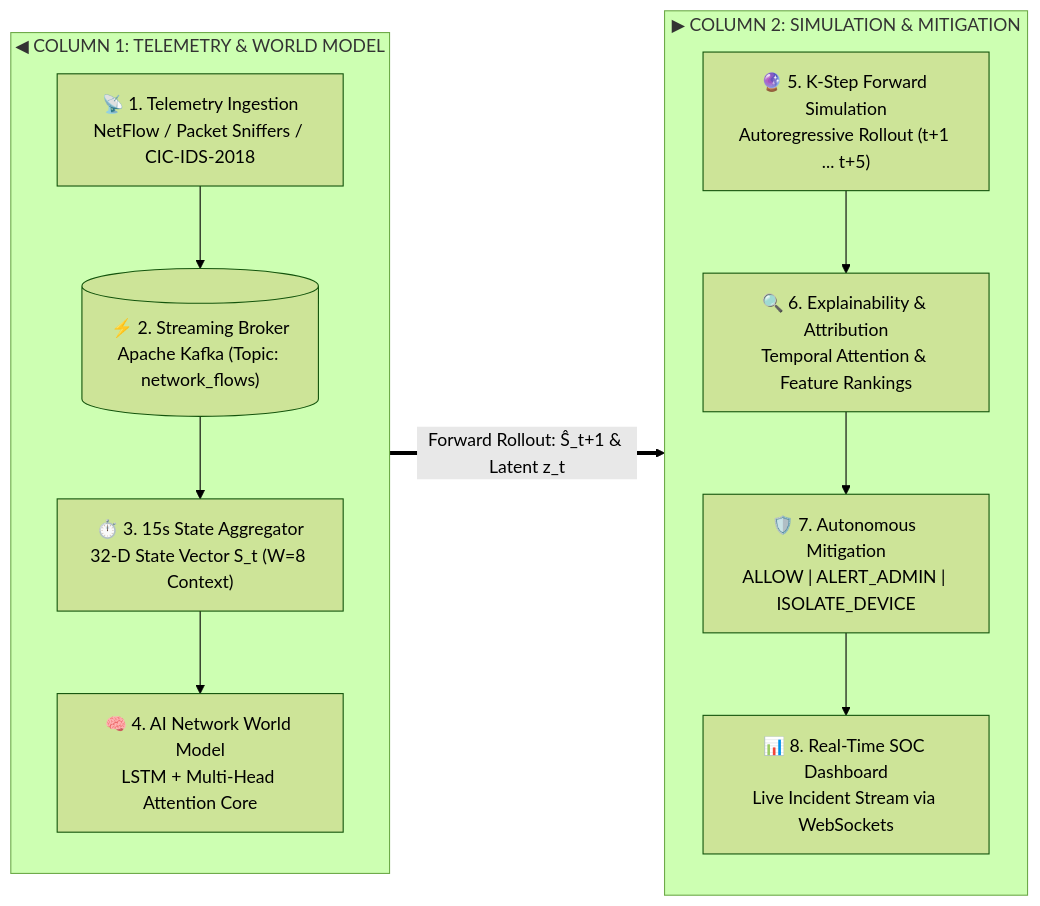
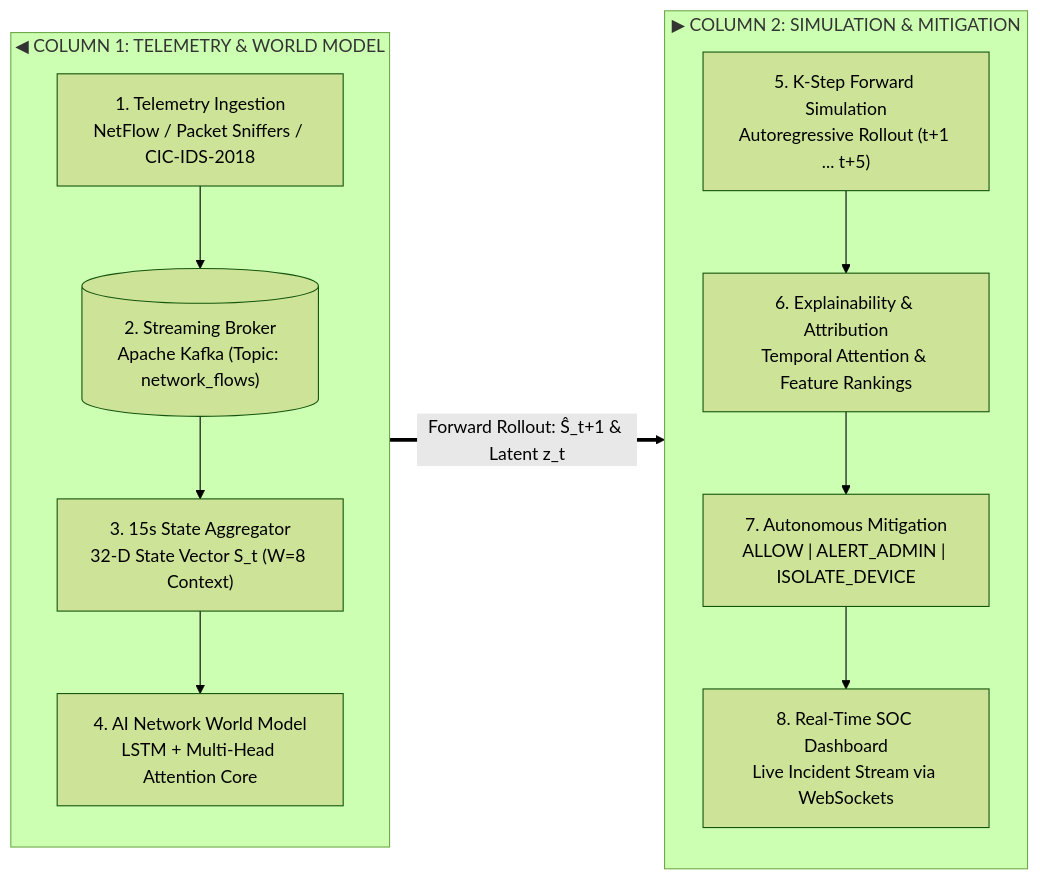
The diagram in FLOW.md (dtg-lucifer/veritas), drawn with Mermaid (forest theme) before and after one commit. The commit also changed other lines of this file and 33 other files, not shown here.

````diff
--- a/FLOW.md
+++ b/FLOW.md
@@ -3,25 +3,25 @@
 ```mermaid
 flowchart LR
     subgraph Col1["  ◀ COLUMN 1: TELEMETRY & WORLD MODEL  "]
         direction TB
-        A["📡 1. Telemetry Ingestion<br/>NetFlow / Packet Sniffers / CIC-IDS-2018"]
-        B[("⚡ 2. Streaming Broker<br/>Apache Kafka (Topic: network_flows)")]
-        C["⏱️ 3. 15s State Aggregator<br/>32-D State Vector S_t (W=8 Context)"]
-        D["🧠 4. AI Network World Model<br/>LSTM + Multi-Head Attention Core"]
+        A["1. Telemetry Ingestion<br/>NetFlow / Packet Sniffers / CIC-IDS-2018"]
+        B[("2. Streaming Broker<br/>Apache Kafka (Topic: network_flows)")]
+        C["3. 15s State Aggregator<br/>32-D State Vector S_t (W=8 Context)"]
+        D["4. AI Network World Model<br/>LSTM + Multi-Head Attention Core"]
         
         A --> B --> C --> D
     end
 
     subgraph Col2["  ▶ COLUMN 2: SIMULATION & MITIGATION  "]
         direction TB
-        E["🔮 5. K-Step Forward Simulation<br/>Autoregressive Rollout (t+1 ... t+5)"]
-        F["🔍 6. Explainability & Attribution<br/>Temporal Attention & Feature Rankings"]
-        G["🛡️ 7. Autonomous Mitigation<br/>ALLOW | ALERT_ADMIN | ISOLATE_DEVICE"]
-        H["📊 8. Real-Time SOC Dashboard<br/>Live Incident Stream via WebSockets"]
+        E["5. K-Step Forward Simulation<br/>Autoregressive Rollout (t+1 ... t+5)"]
+        F["6. Explainability & Attribution<br/>Temporal Attention & Feature Rankings"]
+        G["7. Autonomous Mitigation<br/>ALLOW | ALERT_ADMIN | ISOLATE_DEVICE"]
+        H["8. Real-Time SOC Dashboard<br/>Live Incident Stream via WebSockets"]
         
         E --> F --> G --> H
     end
 
     %% Causal Transition Bridge connecting Column 1 to Column 2
     D ==>|Forward Rollout: Ŝ_t+1 & Latent z_t| E
 ```
````
